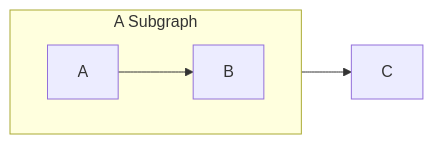
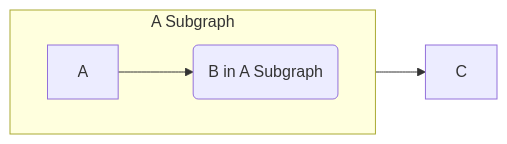
One commit to johanna-herrmann/mermaider changed the diagram in test/fixtures/subgraphs.md. Above: the diagram before and after it, drawn with Mermaid. The commit also changed 4 other files, not shown here.

````diff
--- a/test/fixtures/subgraphs.md
+++ b/test/fixtures/subgraphs.md
@@ -1,8 +1,8 @@
 ```mermaid
 flowchart LR;
   subgraph sub [A Subgraph]
   direction LR
-    A --> B
+    A --> B(B in A Subgraph)
   end
   B --> C
 ```
````
